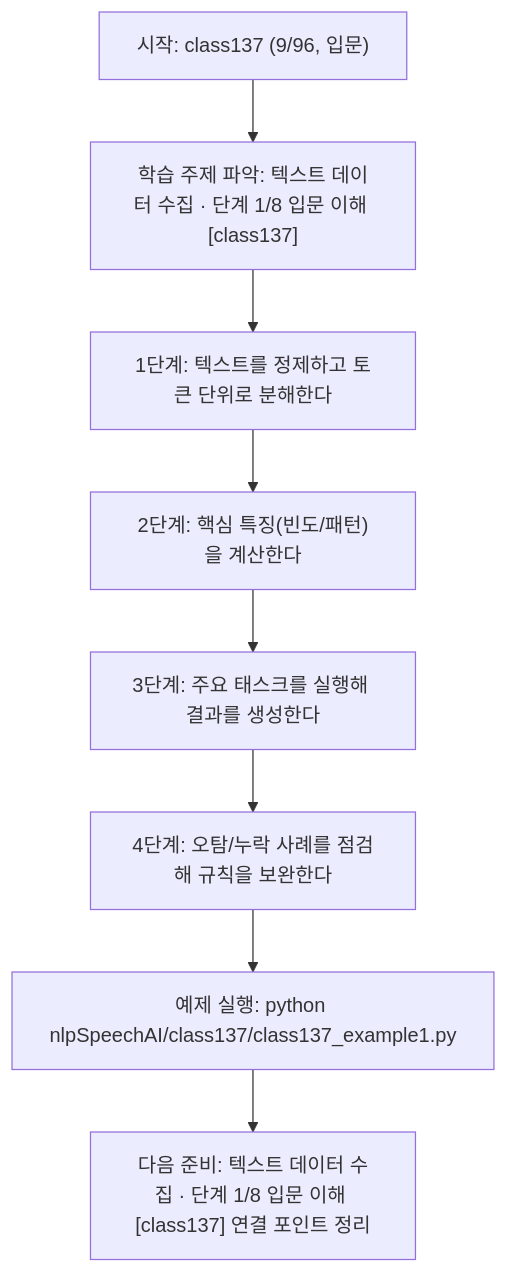
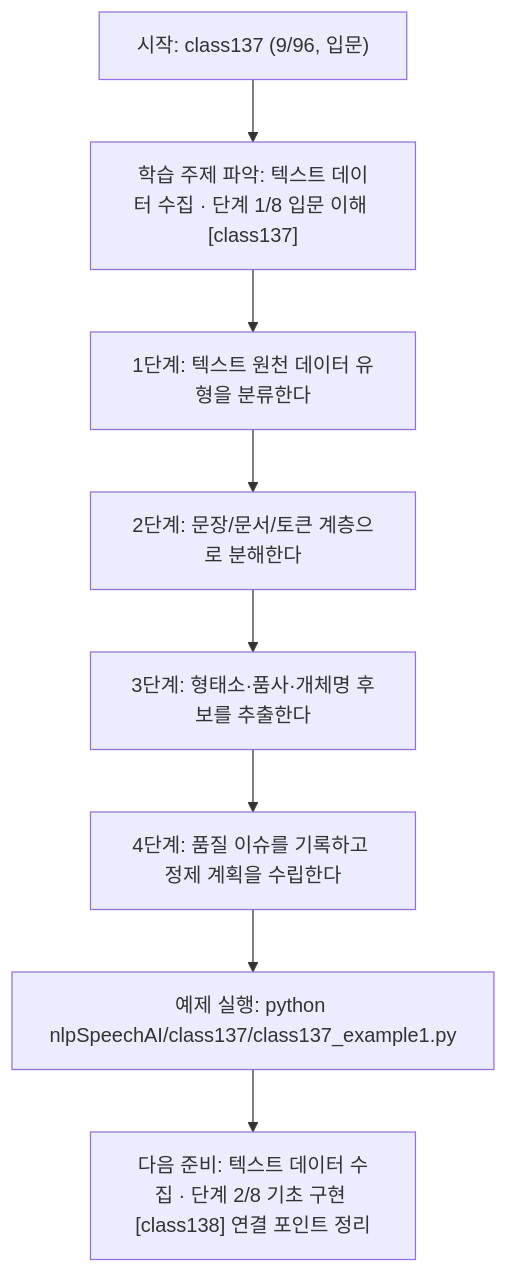
One commit to edumgt/Python-AI_Agent-Class changed the diagram in nlpSpeechAI/class137/class137.md. Above: the diagram before and after it, drawn with Mermaid. The commit also changed other lines of this file and 1122 other files, not shown here.

````diff
--- a/nlpSpeechAI/class137/class137.md
+++ b/nlpSpeechAI/class137/class137.md
@@ -114,18 +95,18 @@
 ```mermaid
 flowchart TD
 N1["시작: class137 (9/96, 입문)"]
 N2["학습 주제 파악: 텍스트 데이터 수집 · 단계 1/8 입문 이해 [class137]"]
-N3["1단계: 텍스트를 정제하고 토큰 단위로 분해한다"]
-N4["2단계: 핵심 특징(빈도/패턴)을 계산한다"]
-N5["3단계: 주요 태스크를 실행해 결과를 생성한다"]
-N6["4단계: 오탐/누락 사례를 점검해 규칙을 보완한다"]
+N3["1단계: 텍스트 원천 데이터 유형을 분류한다"]
+N4["2단계: 문장/문서/토큰 계층으로 분해한다"]
+N5["3단계: 형태소·품사·개체명 후보를 추출한다"]
+N6["4단계: 품질 이슈를 기록하고 정제 계획을 수립한다"]
 N7["예제 실행: python nlpSpeechAI/class137/class137_example1.py"]
-N8["다음 준비: 텍스트 데이터 수집 · 단계 1/8 입문 이해 [class137] 연결 포인트 정리"]
+N8["다음 준비: 텍스트 데이터 수집 · 단계 2/8 기초 구현 [class138] 연결 포인트 정리"]
 N1 --> N2
 N2 --> N3
 N3 --> N4
 N4 --> N5
 N5 --> N6
 N6 --> N7
 N7 --> N8
 ```
````
